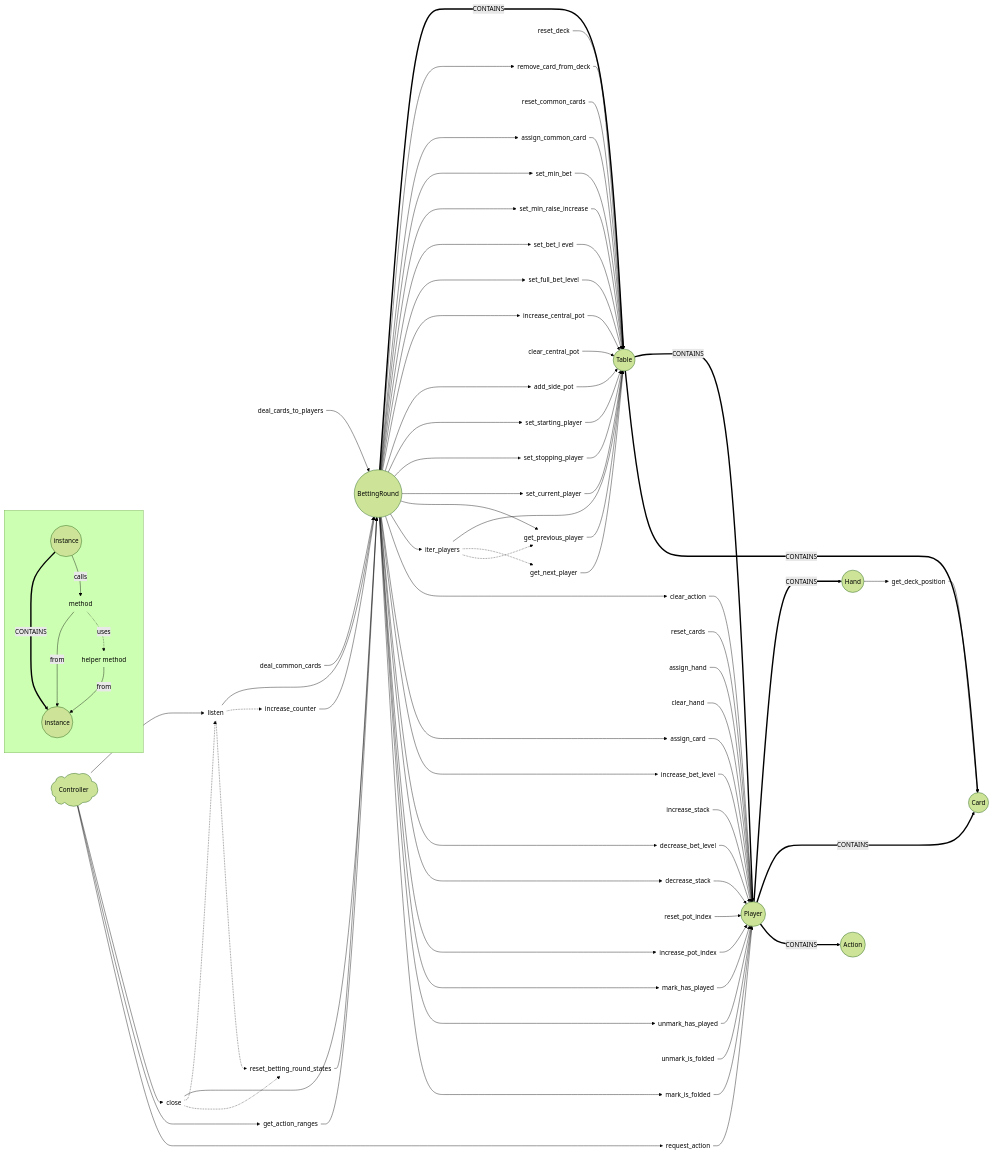
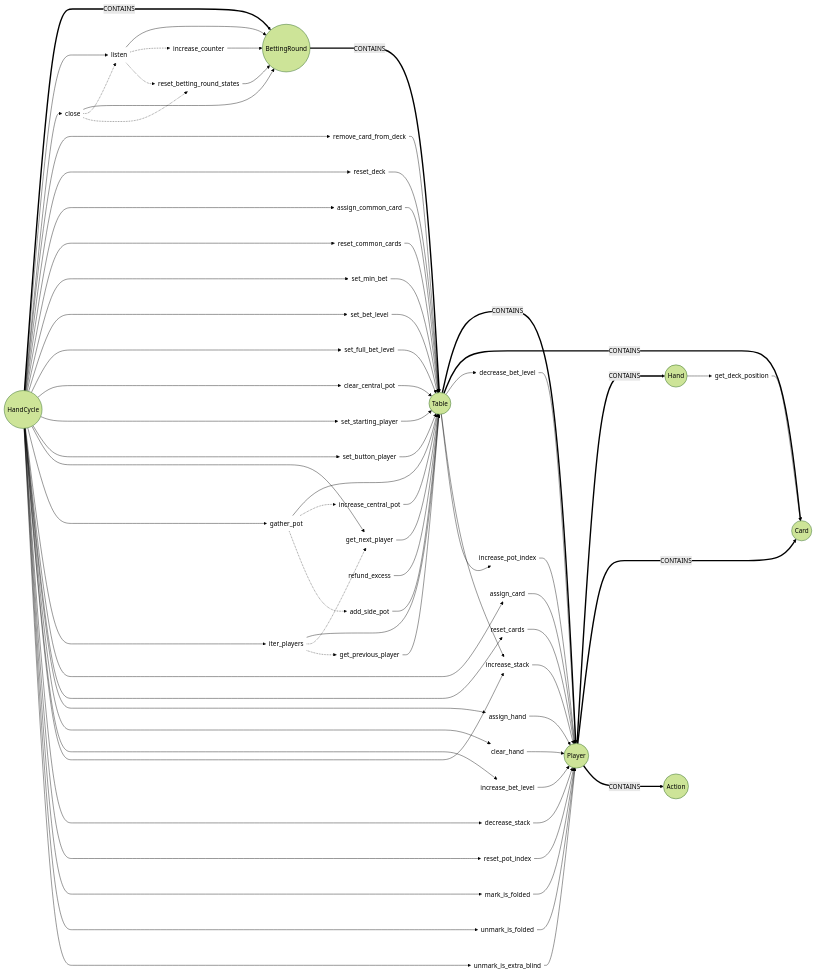
Before and after one commit to jorsaland/pokerpy: the second of 3 diagrams in MODEL.md, drawn with Mermaid (forest theme). The commit also changed other lines of this file and 3 other files, not shown here.

Commit message:
feat: updated and split communication model into betting round, hand cycle and controller

````diff
--- a/MODEL.md
+++ b/MODEL.md
@@ -132,25 +239,9 @@
 flowchart LR
 
 
-    %% Legend
-
-    subgraph " "
-        i1(instance)@{ shape: circle }
-        i2(instance)@{ shape: circle }
-        m1(method)@{ shape: text }
-        m2(helper method)@{ shape: text }
-        i1 ===> |CONTAINS| i2
-        i1 --> |calls| m1
-        m1 --> |from| i2
-        m1 -.-> |uses| m2
-        m2 --> |from| i2
-    end
-
-
     %% Classes
 
-    C(Controller)@{ shape: cloud }
-
+    HC(HandCycle)@{ shape: circle }
     BR(BettingRound)@{ shape: circle }
     T(Table)@{ shape: circle }
     P(Player)@{ shape: circle }
@@ -161,6 +252,7 @@
 
     %% Container relations
 
+    HC ===> |CONTAINS| BR
     BR ===> |CONTAINS| T
     T ===> |CONTAINS| P
     T ===> |CONTAINS| Cd
@@ -173,9 +265,6 @@
 
     BR.close(close)@{ shape: text } -->  BR
     BR.listen(listen)@{ shape: text } -->  BR
-    BR.deal_cards_to_players(deal_cards_to_players)@{ shape: text } -->  BR
-    BR.deal_common_cards(deal_common_cards)@{ shape: text } -->  BR
-    BR.get_action_ranges(get_action_ranges)@{ shape: text } --> BR
     BR.increase_counter(increase_counter)@{ shape: text } -->  BR
     BR.reset_betting_round_states(reset_betting_round_states)@{ shape: text } -->  BR
 
@@ -184,21 +273,19 @@
     T.assign_common_card(assign_common_card)@{ shape: text } --> T
     T.reset_common_cards(reset_common_cards)@{ shape: text } --> T
     T.set_min_bet(set_min_bet)@{ shape: text } --> T
-    T.set_min_raise_increase(set_min_raise_increase)@{ shape: text } --> T
-    T.set_bet_level(set_bet_l evel)@{ shape: text } --> T
+    T.set_bet_level(set_bet_level)@{ shape: text } --> T
     T.set_full_bet_level(set_full_bet_level)@{ shape: text } --> T
     T.increase_central_pot(increase_central_pot)@{ shape: text } --> T
     T.add_side_pot(add_side_pot)@{ shape: text } --> T
     T.clear_central_pot(clear_central_pot)@{ shape: text } --> T
     T.set_starting_player(set_starting_player)@{ shape: text } --> T
-    T.set_stopping_player(set_stopping_player)@{ shape: text } --> T
-    T.set_current_player(set_current_player)@{ shape: text } --> T
+    T.set_button_player(set_button_player)@{ shape: text } --> T
     T.get_next_player(get_next_player)@{ shape: text } --> T
     T.get_previous_player(get_previous_player)@{ shape: text } --> T
+    T.gather_pot(gather_pot)@{ shape: text } --> T
+    T.refund_excess(refund_excess)@{ shape: text } --> T
     T.iter_players(iter_players)@{ shape: text } --> T
 
-    P.request_action(request_action)@{ shape: text } --> P
-    P.clear_action(clear_action)@{ shape: text } --> P
     P.assign_card(assign_card)@{ shape: text } --> P
     P.reset_cards(reset_cards)@{ shape: text } --> P
     P.assign_hand(assign_hand)@{ shape: text } --> P
@@ -209,10 +296,9 @@
     P.decrease_stack(decrease_stack)@{ shape: text } --> P
     P.increase_pot_index(increase_pot_index)@{ shape: text } --> P
     P.reset_pot_index(reset_pot_index)@{ shape: text } --> P
-    P.mark_has_played(mark_has_played)@{ shape: text } --> P
-    P.unmark_has_played(unmark_has_played)@{ shape: text } --> P
     P.mark_is_folded(mark_is_folded)@{ shape: text } --> P
     P.unmark_is_folded(unmark_is_folded)@{ shape: text } --> P
+    P.unmark_is_extra_blind(unmark_is_extra_blind)@{ shape: text } --> P
 
     Cd.get_deck_position(get_deck_position)@{ shape: text } --> Cd
 
@@ -220,35 +306,38 @@
     %% Class to method relations
     H --> Cd.get_deck_position
 
-    C --> BR.listen
-    C --> BR.close
-    C --> BR.get_action_ranges
+    HC --> BR.listen
+    HC --> BR.close
 
-    C --> P.request_action
+    HC --> T.remove_card_from_deck
+    HC --> T.reset_deck
+    HC --> T.assign_common_card
+    HC --> T.reset_common_cards
+    HC --> T.set_min_bet
+    HC --> T.set_bet_level
+    HC --> T.set_full_bet_level
+    HC --> T.clear_central_pot
+    HC --> T.set_starting_player
+    HC --> T.set_button_player
+    HC --> T.get_next_player
+    HC --> T.gather_pot
+    HC --> T.iter_players
 
-    BR --> T.remove_card_from_deck
-    BR --> T.assign_common_card
-    BR --> T.set_min_bet
-    BR --> T.set_min_raise_increase
-    BR --> T.set_bet_level
-    BR --> T.set_full_bet_level
-    BR --> T.increase_central_pot
-    BR --> T.add_side_pot
-    BR --> T.set_starting_player
-    BR --> T.set_stopping_player
-    BR --> T.set_current_player
-    BR --> T.get_previous_player
-    BR --> T.iter_players
+    HC --> P.assign_card
+    HC --> P.reset_cards
+    HC --> P.assign_hand
+    HC --> P.clear_hand
+    HC --> P.increase_bet_level
+    HC --> P.increase_stack
+    HC --> P.decrease_stack
+    HC --> P.reset_pot_index
+    HC --> P.mark_is_folded
+    HC --> P.unmark_is_folded
+    HC --> P.unmark_is_extra_blind
 
-    BR --> P.clear_action
-    BR --> P.assign_card
-    BR --> P.increase_bet_level
-    BR --> P.decrease_bet_level
-    BR --> P.decrease_stack
-    BR --> P.increase_pot_index
-    BR --> P.mark_has_played
-    BR --> P.unmark_has_played
-    BR --> P.mark_is_folded
+    T --> P.decrease_bet_level
+    T --> P.increase_stack
+    T --> P.increase_pot_index
 
 
     %% Helper method relations
@@ -259,6 +348,11 @@
     BR.close -.-> BR.listen
     BR.close -.-> BR.reset_betting_round_states
 
+    T.gather_pot -.-> T.increase_central_pot
+    T.gather_pot -.-> T.add_side_pot
+
     T.iter_players -.-> T.get_next_player
     T.iter_players -.-> T.get_previous_player
+
+
 ```
````
